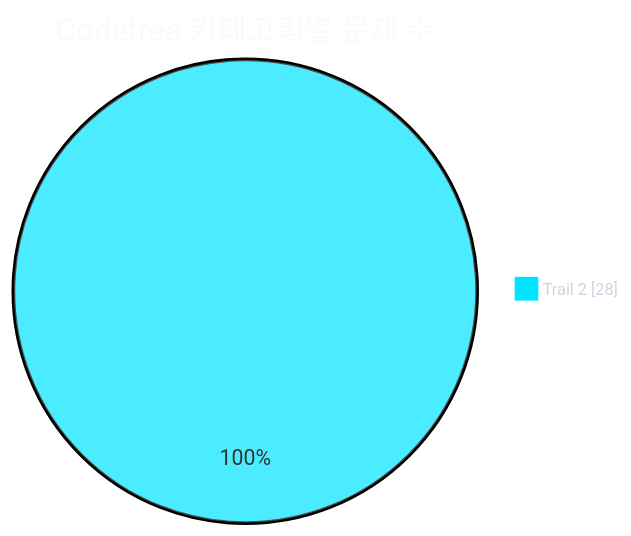
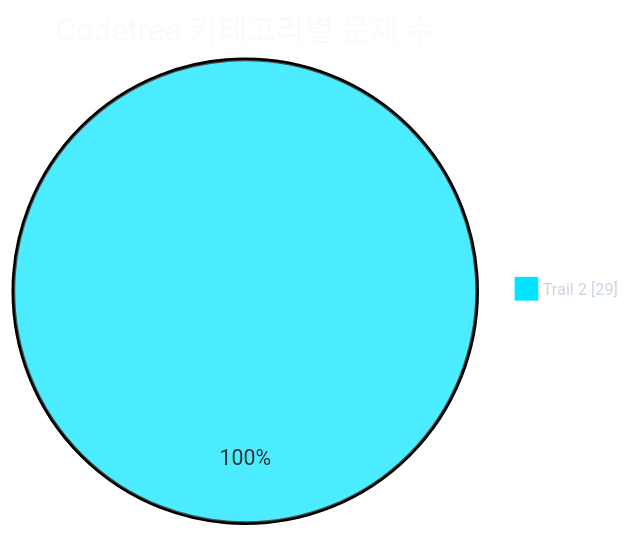
Before and after one commit to CHOOSLA/Algorithm: the first of 2 diagrams in readme.md, drawn with Mermaid. The commit also changed other lines of this file and 2 other files, not shown here.

````diff
--- a/readme.md
+++ b/readme.md
@@ -31,21 +31,21 @@
 ```mermaid
 ---
 config:
   theme: base
   themeVariables:
     background: '#0d1117'
     pieTitleTextColor: '#f8fafc'
     pieLegendTextColor: '#cbd5e1'
     pieLegendTextSize: '13px'
     pie1: '#00e5ff'
     pie2: '#22c55e'
     pie3: '#f59e0b'
     pie4: '#a855f7'
     pie5: '#ec4899'
     pie6: '#3b82f6'
     pie7: '#64748b'
 ---
 pie showData
   title Codetree 카테고리별 문제 수
-  "Trail 2" : 28
+  "Trail 2" : 29
 ```
````
